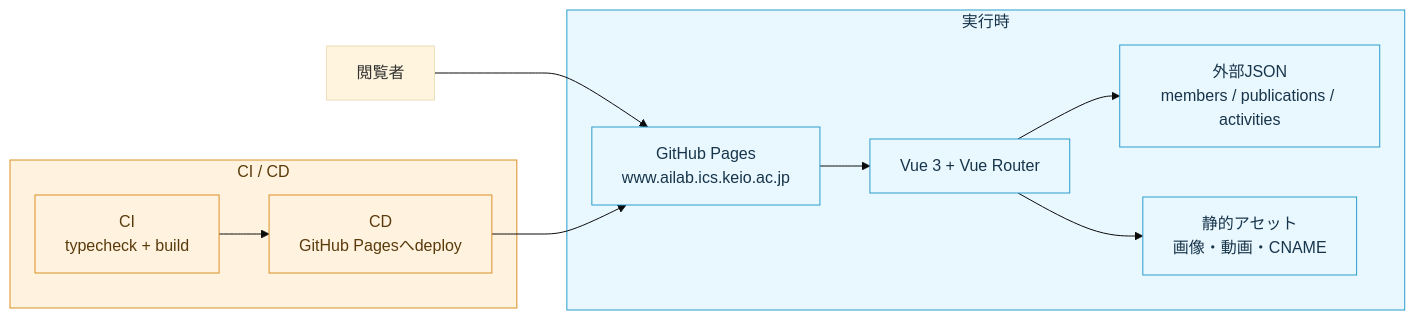
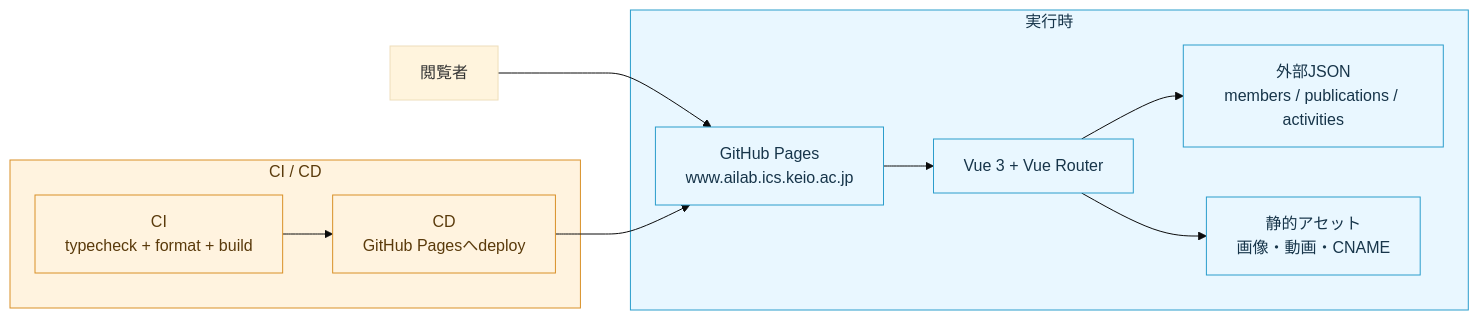
One commit to imai-laboratory/imai-laboratory.github.io changed the diagram in README.md. Above: the diagram before and after it, drawn with Mermaid (base theme). The commit also changed other lines of this file, not shown here.

````diff
--- a/README.md
+++ b/README.md
@@ -29,28 +29,28 @@
 ```mermaid
 flowchart LR
     visitor[閲覧者]
 
     subgraph runtime[実行時]
         pages[GitHub Pages<br/>www.ailab.ics.keio.ac.jp]
         app[Vue 3 + Vue Router]
         sources[外部JSON<br/>members / publications / activities]
         assets[静的アセット<br/>画像・動画・CNAME]
         pages --> app
         app --> sources
         app --> assets
     end
 
     subgraph delivery[CI / CD]
-        ci[CI<br/>typecheck + build]
+        ci[CI<br/>typecheck + format + build]
         cd[CD<br/>GitHub Pagesへdeploy]
         ci --> cd
     end
 
     visitor --> pages
     cd --> pages
 
     classDef runtimeStyle fill:#e9f7ff,stroke:#2b9dcc,color:#17354a
     classDef deliveryStyle fill:#fff3df,stroke:#d99027,color:#5a3a0b
     class runtime,pages,app,sources,assets runtimeStyle
     class delivery,ci,cd deliveryStyle
 ```
````
